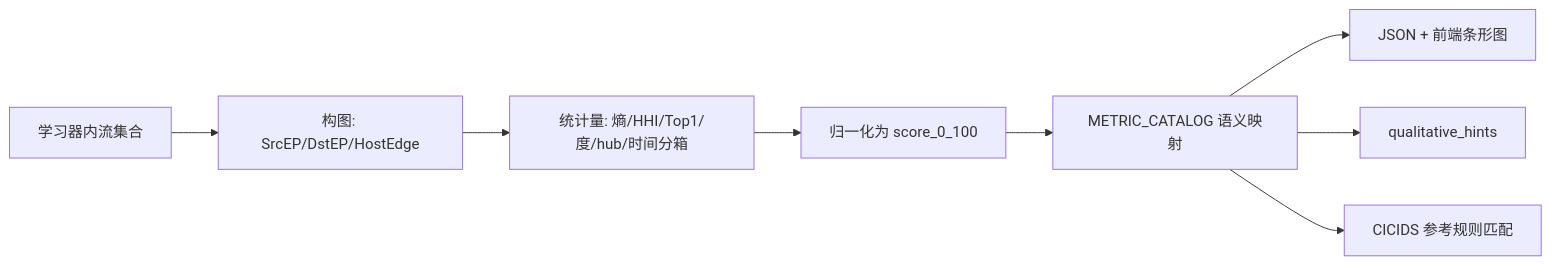
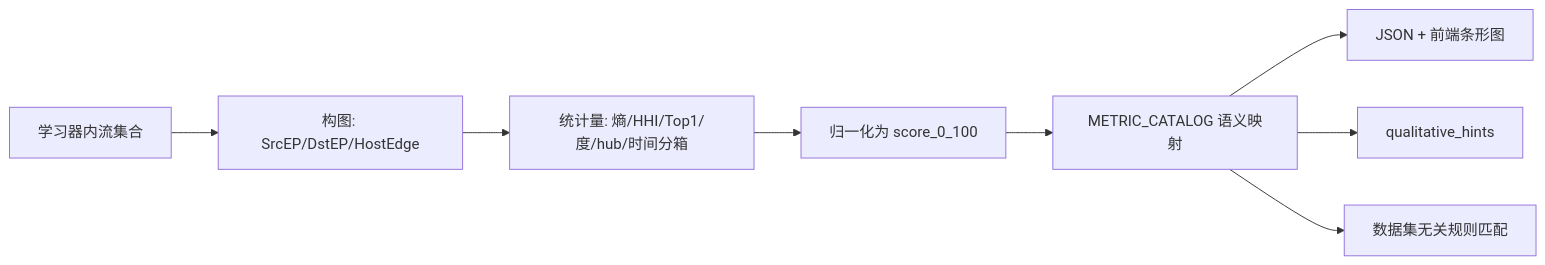
One commit to float1nt/trident changed the first of 2 diagrams in LEARNER_QUALIFICATION_SCHEME.md. Above: the diagram before and after it, drawn with Mermaid. The commit also changed other lines of this file and 11 other files, not shown here.

````diff
--- a/LEARNER_QUALIFICATION_SCHEME.md
+++ b/LEARNER_QUALIFICATION_SCHEME.md
@@ -61,10 +61,10 @@
 ```mermaid
 flowchart LR
   A[学习器内流集合] --> B[构图: SrcEP/DstEP/HostEdge]
   B --> C[统计量: 熵/HHI/Top1/度/hub/时间分箱]
   C --> D[归一化为 score_0_100]
   D --> E[METRIC_CATALOG 语义映射]
   E --> F[JSON + 前端条形图]
   E --> G[qualitative_hints]
-  E --> H[CICIDS 参考规则匹配]
+  E --> H[数据集无关规则匹配]
 ```
````
